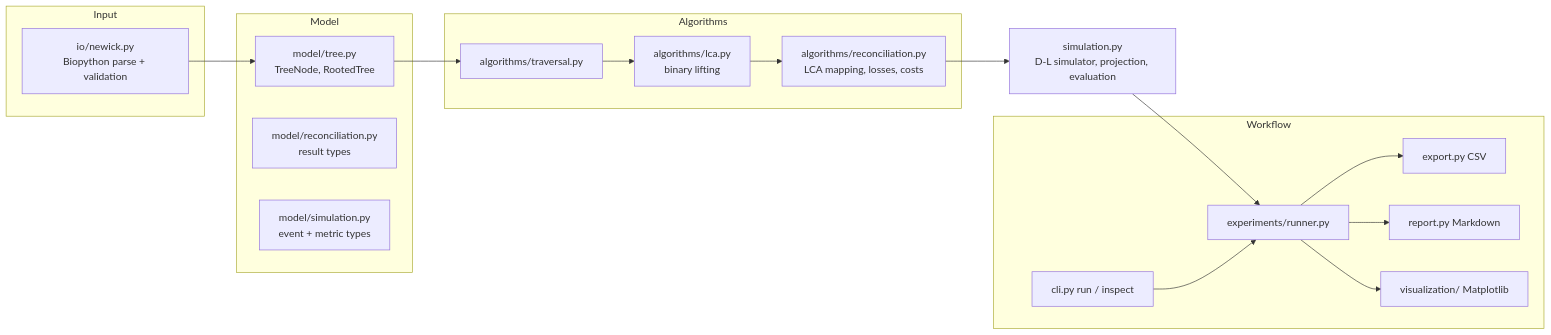
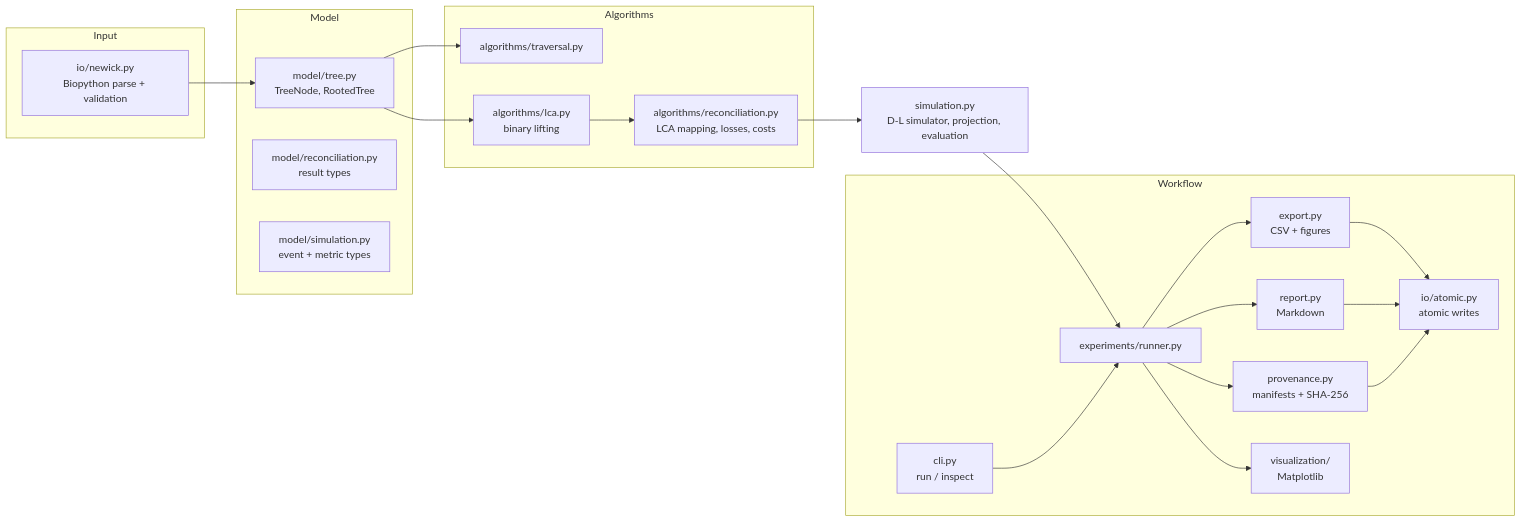
One commit to oma452/PhyloBench changed the first of 2 diagrams in PhyloBench_manuscript.md. Above: the diagram before and after it, drawn with Mermaid. The commit also changed other lines of this file and 1 other file, not shown here.

````diff
--- a/PhyloBench_manuscript.md
+++ b/PhyloBench_manuscript.md
@@ -50,28 +50,40 @@
 ```mermaid
 flowchart LR
   subgraph IO[Input]
     N[io/newick.py<br/>Biopython parse + validation]
   end
   subgraph MODEL[Model]
     T[model/tree.py<br/>TreeNode, RootedTree]
     R[model/reconciliation.py<br/>result types]
     S[model/simulation.py<br/>event + metric types]
   end
   subgraph ALG[Algorithms]
     TR[algorithms/traversal.py]
     L[algorithms/lca.py<br/>binary lifting]
     RC[algorithms/reconciliation.py<br/>LCA mapping, losses, costs]
   end
   SIM[simulation.py<br/>D-L simulator, projection, evaluation]
   subgraph WF[Workflow]
     E[experiments/runner.py]
-    X[export.py CSV]
-    P[report.py Markdown]
-    V[visualization/ Matplotlib]
-    C[cli.py run / inspect]
+    C[cli.py<br/>run / inspect]
+    P[provenance.py<br/>manifests + SHA-256]
+    X[export.py<br/>CSV + figures]
+    A[io/atomic.py<br/>atomic writes]
+    RPT[report.py<br/>Markdown]
+    V[visualization/<br/>Matplotlib]
   end
-  N --> T --> TR --> L --> RC --> SIM --> E --> X
+  N --> T
+  T --> TR
+  T --> L
+  L --> RC
+  RC --> SIM
+  SIM --> E
+  C --> E
+  E --> X
+  E --> RPT
+  E --> V
   E --> P
-  E --> V
-  C --> E
+  X --> A
+  RPT --> A
+  P --> A
 ```
````
